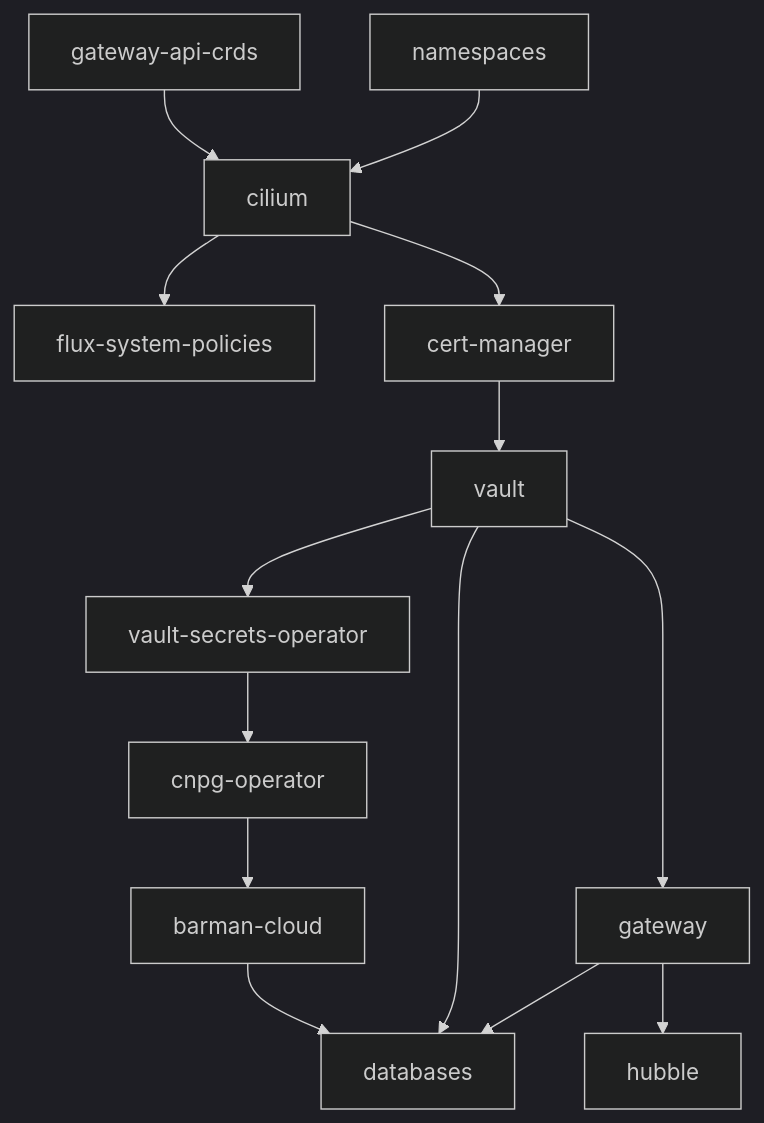
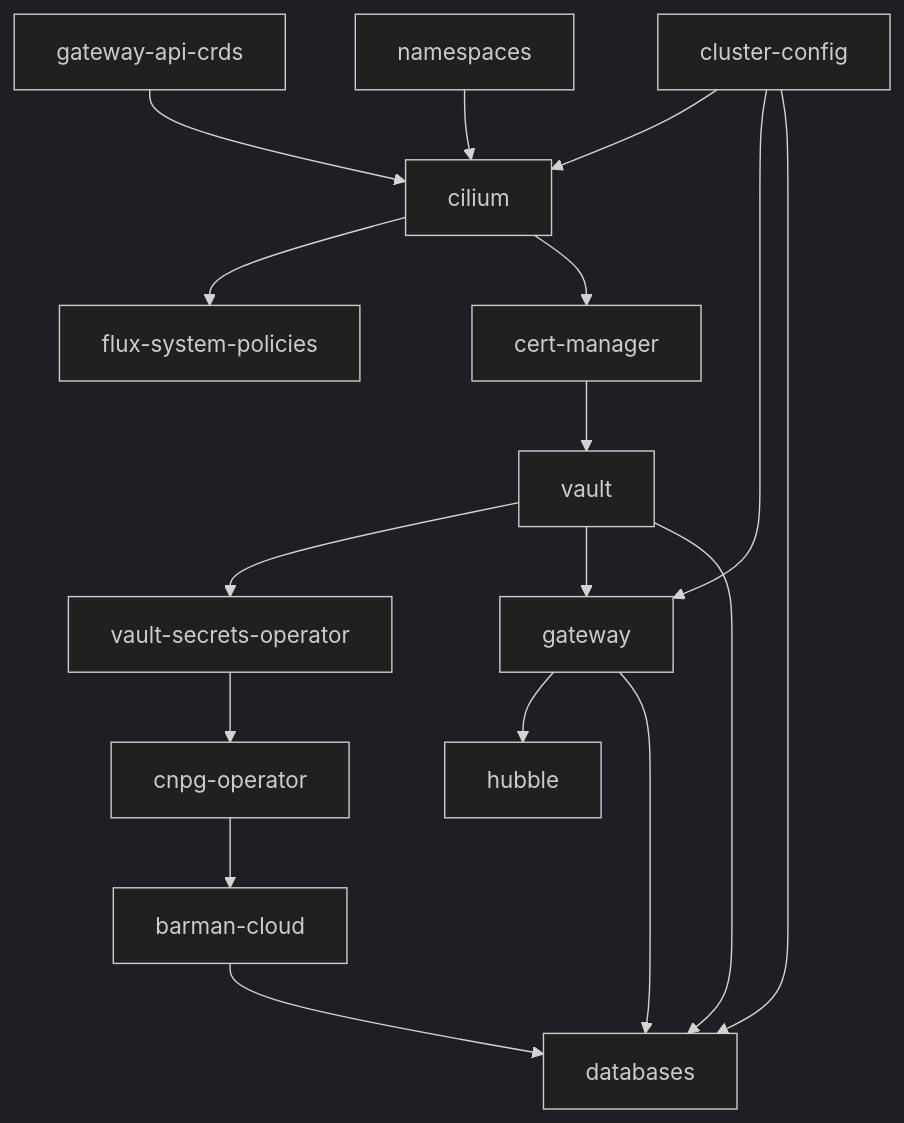
One commit to DragonBishop/data_science_cluster changed the diagram in INSTALLATION.md. Above: the diagram before and after it, drawn with Mermaid (dark theme). The commit also changed other lines of this file and 17 other files, not shown here.

````diff
--- a/INSTALLATION.md
+++ b/INSTALLATION.md
@@ -138,24 +138,27 @@
 ```mermaid
 flowchart TD
     %% Base Foundations
     crds["gateway-api-crds"] --> cilium["cilium"]
     ns["namespaces"] --> cilium
+    cc["cluster-config"] --> cilium
 
     %% Core Services & PKI
     cilium --> fluxpolicies["flux-system-policies"]
     cilium --> certmgr["cert-manager"]
     certmgr --> vault["vault"]
 
     %% Platform Services
     vault --> vso["vault-secrets-operator"]
     vso --> cnpg["cnpg-operator"]
     cnpg --> barman["barman-cloud"]
 
     vault --> gw["gateway"]
+    cc --> gw
     gw --> hubble["hubble"]
 
     %% Applications
     barman --> db["databases"]
     vault --> db
     gw --> db
+    cc --> db
 ```
````
